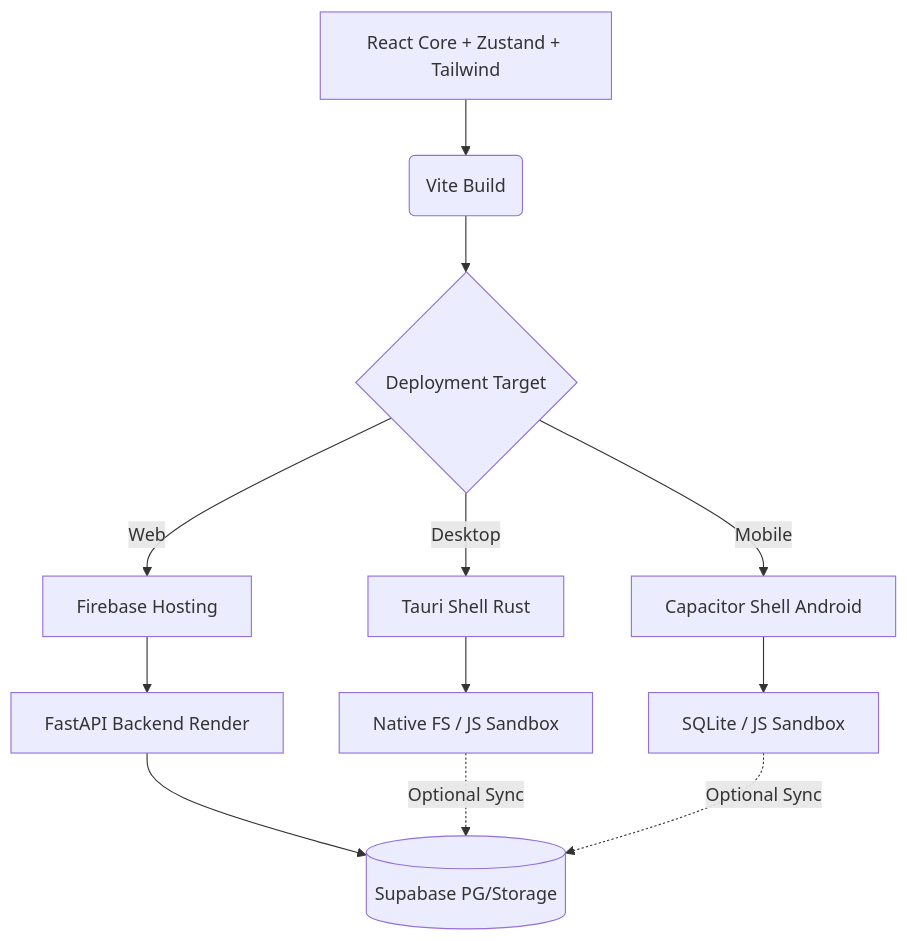
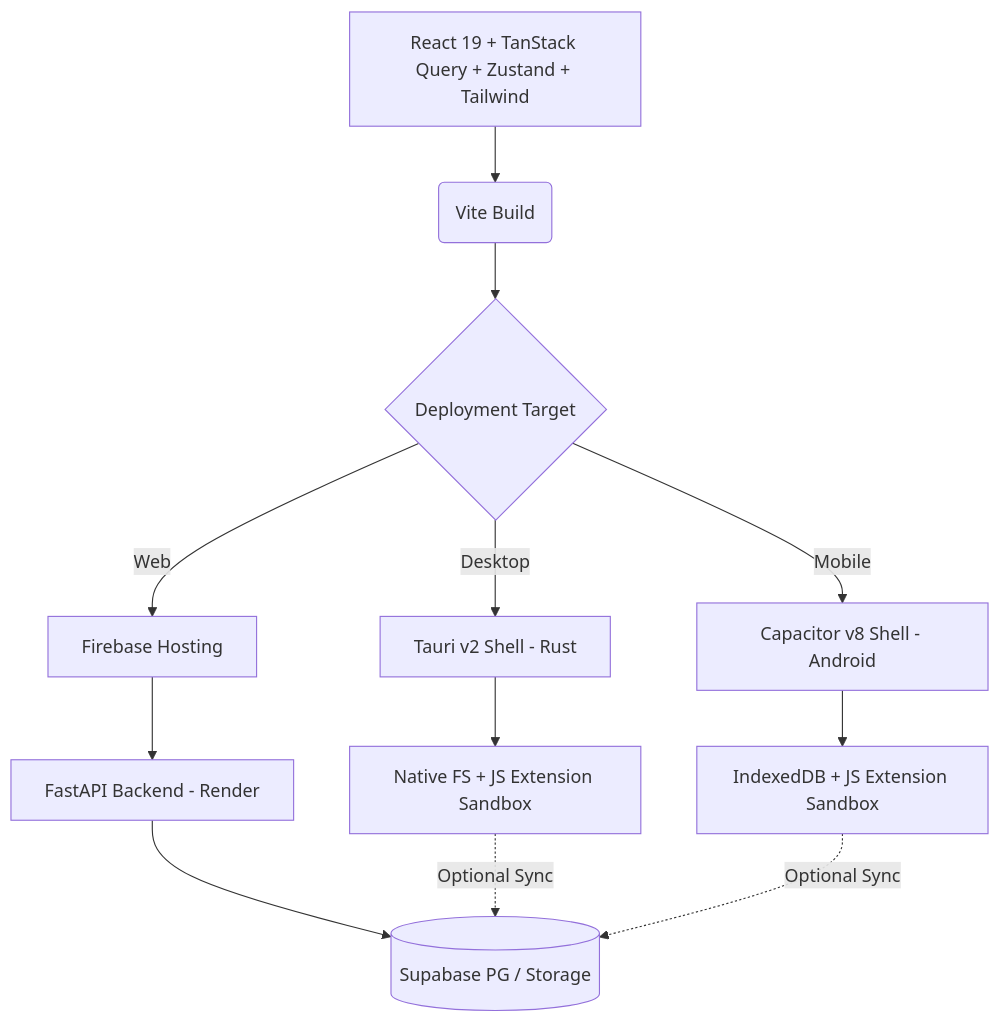
One commit to Zenmisan/manga-dl changed the diagram in docs/ARCHITECTURE.md. Above: the diagram before and after it, drawn with Mermaid. The commit also changed other lines of this file and 5 other files, not shown here.

Commit message:
feat: Update documentation for cloud sync, architecture, and features; enhance public access and SEO

````diff
--- a/docs/ARCHITECTURE.md
+++ b/docs/ARCHITECTURE.md
@@ -5,18 +7,18 @@
 ```mermaid
 graph TD
-    A[React Core + Zustand + Tailwind] --> B(Vite Build)
-    
+    A[React 19 + TanStack Query + Zustand + Tailwind] --> B(Vite Build)
+
     B --> C{Deployment Target}
-    
+
     C -->|Web| D[Firebase Hosting]
-    C -->|Desktop| E[Tauri Shell Rust]
-    C -->|Mobile| F[Capacitor Shell Android]
-    
-    D --> G[FastAPI Backend Render]
-    E --> H[Native FS / JS Sandbox]
-    F --> I[SQLite / JS Sandbox]
-    
-    G --> J[(Supabase PG/Storage)]
+    C -->|Desktop| E[Tauri v2 Shell - Rust]
+    C -->|Mobile| F[Capacitor v8 Shell - Android]
+
+    D --> G[FastAPI Backend - Render]
+    E --> H[Native FS + JS Extension Sandbox]
+    F --> I[IndexedDB + JS Extension Sandbox]
+
+    G --> J[(Supabase PG / Storage)]
     H -.->|Optional Sync| J
     I -.->|Optional Sync| J
 ```
````
